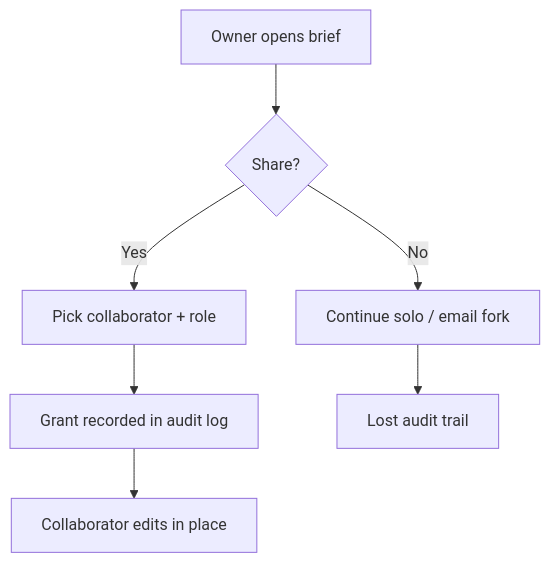
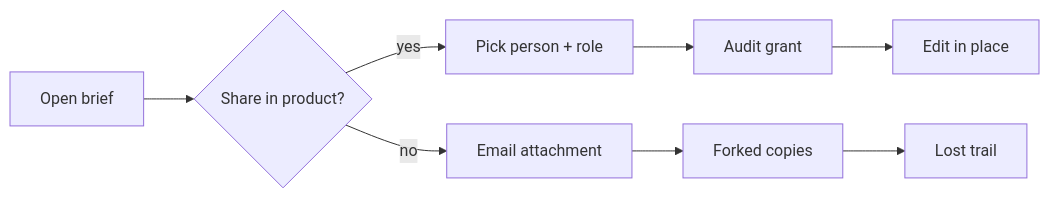
One commit to geraldmaron/construct changed the first of 2 diagrams in examples/distribution/sources/stress-multi-persona-prd.md. Above: the diagram before and after it, drawn with Mermaid. The commit also changed other lines of this file and 149 other files, not shown here.

````diff
--- a/examples/distribution/sources/stress-multi-persona-prd.md
+++ b/examples/distribution/sources/stress-multi-persona-prd.md
@@ -40,9 +63,10 @@
 ```mermaid
-flowchart TD
-  A[Owner opens brief] --> B{Share?}
-  B -->|Yes| C[Pick collaborator + role]
-  C --> D[Grant recorded in audit log]
-  D --> E[Collaborator edits in place]
-  B -->|No| F[Continue solo / email fork]
-  F --> G[Lost audit trail]
+flowchart LR
+  A[Open brief] --> B{Share in product?}
+  B -->|yes| C[Pick person + role]
+  C --> D[Audit grant]
+  D --> E[Edit in place]
+  B -->|no| F[Email attachment]
+  F --> G[Forked copies]
+  G --> H[Lost trail]
 ```
````
